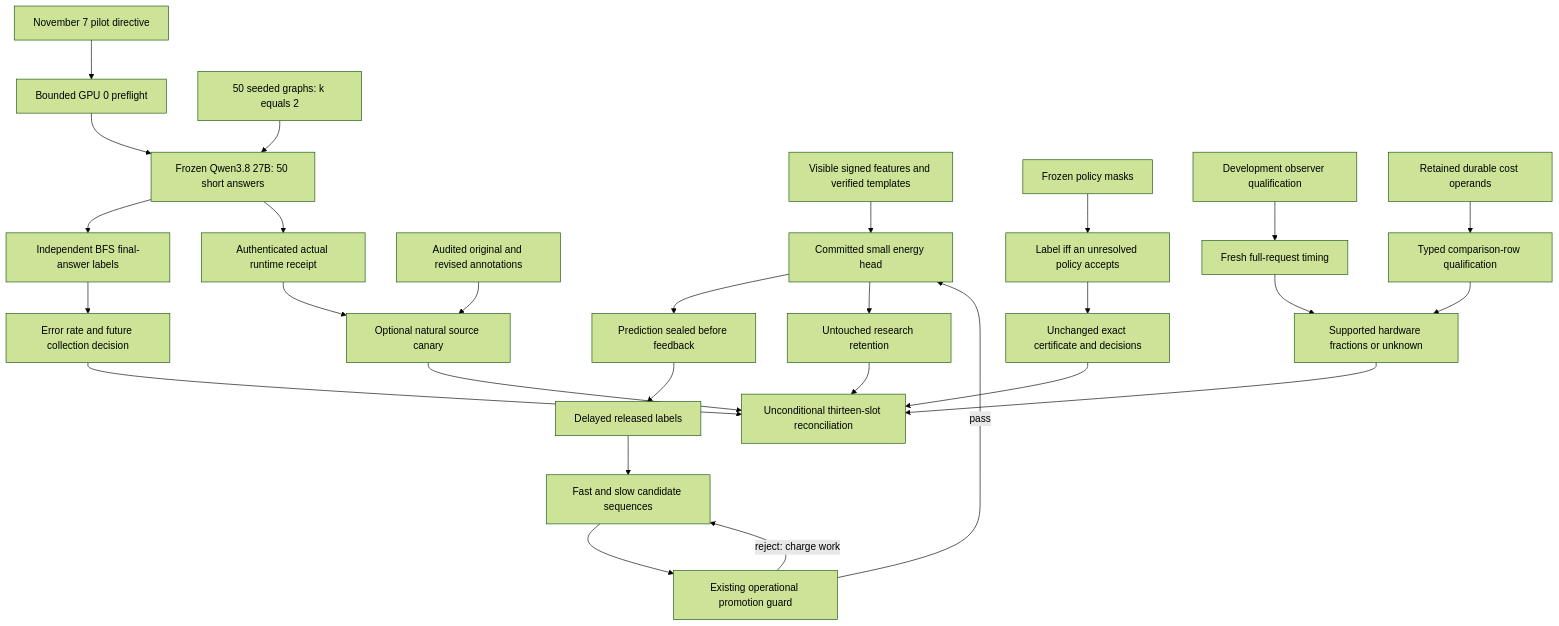
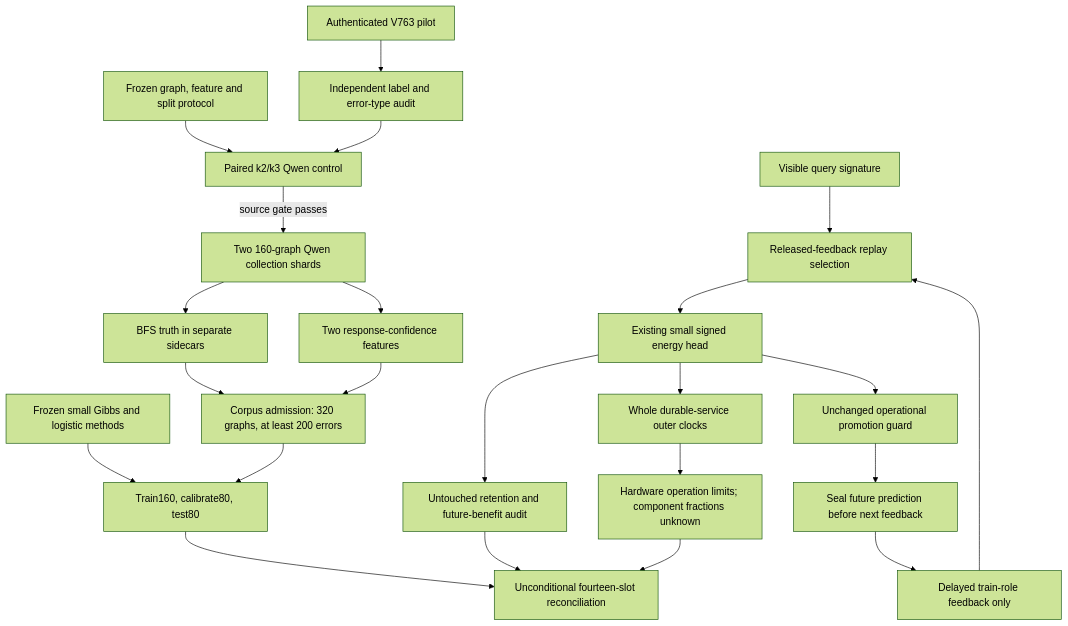
The first of 2 diagrams in openspec/change-proposals/research-roadmap-vNEXT.md (Carnot-EBM/carnot-ebm), drawn with Mermaid (forest theme) before and after one commit. The commit also changed other lines of this file and 19 other files, not shown here.

````diff
--- a/openspec/change-proposals/research-roadmap-vNEXT.md
+++ b/openspec/change-proposals/research-roadmap-vNEXT.md
@@ -80,30 +79,25 @@
 ```mermaid
 flowchart TD
-    OP[November 7 pilot directive] --> GP[Bounded GPU 0 preflight]
-    GP --> Q[Frozen Qwen3.8 27B: 50 short answers]
-    G[50 seeded graphs: k equals 2] --> Q
-    Q --> BFS[Independent BFS final-answer labels]
-    BFS --> E[Error rate and future collection decision]
-    Q --> RT[Authenticated actual runtime receipt]
-    RT --> NC[Optional natural source canary]
-    AN[Audited original and revised annotations] --> NC
-    X[Visible signed features and verified templates] --> D[Committed small energy head]
-    D --> P[Prediction sealed before feedback]
-    P --> F[Delayed released labels]
-    F --> O[Fast and slow candidate sequences]
-    O --> GU[Existing operational promotion guard]
-    GU -->|pass| D
-    GU -->|reject: charge work| O
-    D --> R[Untouched research retention]
-    MS[Frozen policy masks] --> LD[Label iff an unresolved policy accepts]
-    LD --> C[Unchanged exact certificate and decisions]
-    DV[Development observer qualification] --> CW[Fresh full-request timing]
-    OC[Retained durable cost operands] --> CQ[Typed comparison-row qualification]
-    CW --> H[Supported hardware fractions or unknown]
-    CQ --> H
-    R --> CA[Unconditional thirteen-slot reconciliation]
-    E --> CA
-    C --> CA
-    NC --> CA
-    H --> CA
+    P[Authenticated V763 pilot] --> A[Independent label and error-type audit]
+    M[Frozen graph, feature and split protocol] --> K[Paired k2/k3 Qwen control]
+    A --> K
+    K -->|source gate passes| S[Two 160-graph Qwen collection shards]
+    S --> O[BFS truth in separate sidecars]
+    S --> X[Two response-confidence features]
+    O --> J[Corpus admission: 320 graphs, at least 200 errors]
+    X --> J
+    C[Frozen small Gibbs and logistic methods] --> E[Train160, calibrate80, test80]
+    J --> E
+    D[Visible query signature] --> R[Released-feedback replay selection]
+    F[Delayed train-role feedback only] --> R
+    R --> H[Existing small signed energy head]
+    H --> G[Unchanged operational promotion guard]
+    G --> Q[Seal future prediction before next feedback]
+    Q --> F
+    H --> T[Untouched retention and future-benefit audit]
+    H --> W[Whole durable-service outer clocks]
+    W --> B[Hardware operation limits; component fractions unknown]
+    E --> Z[Unconditional fourteen-slot reconciliation]
+    T --> Z
+    B --> Z
 ```
````
